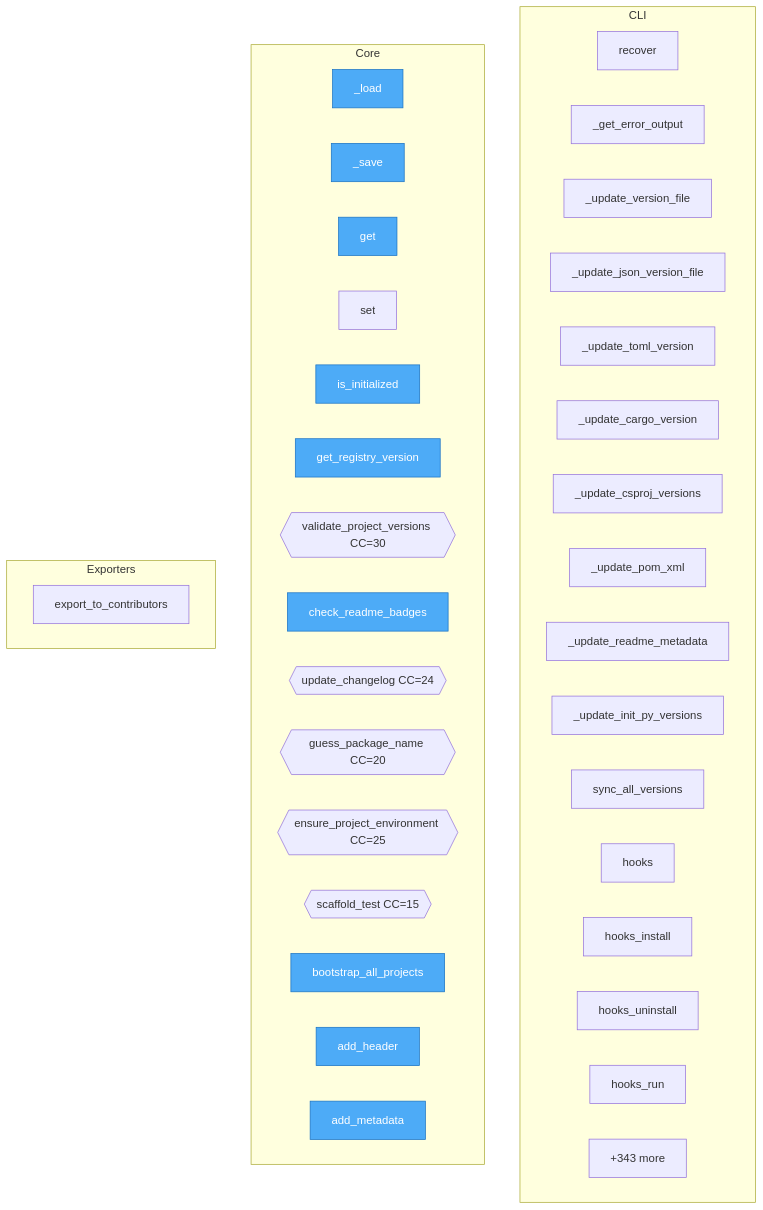
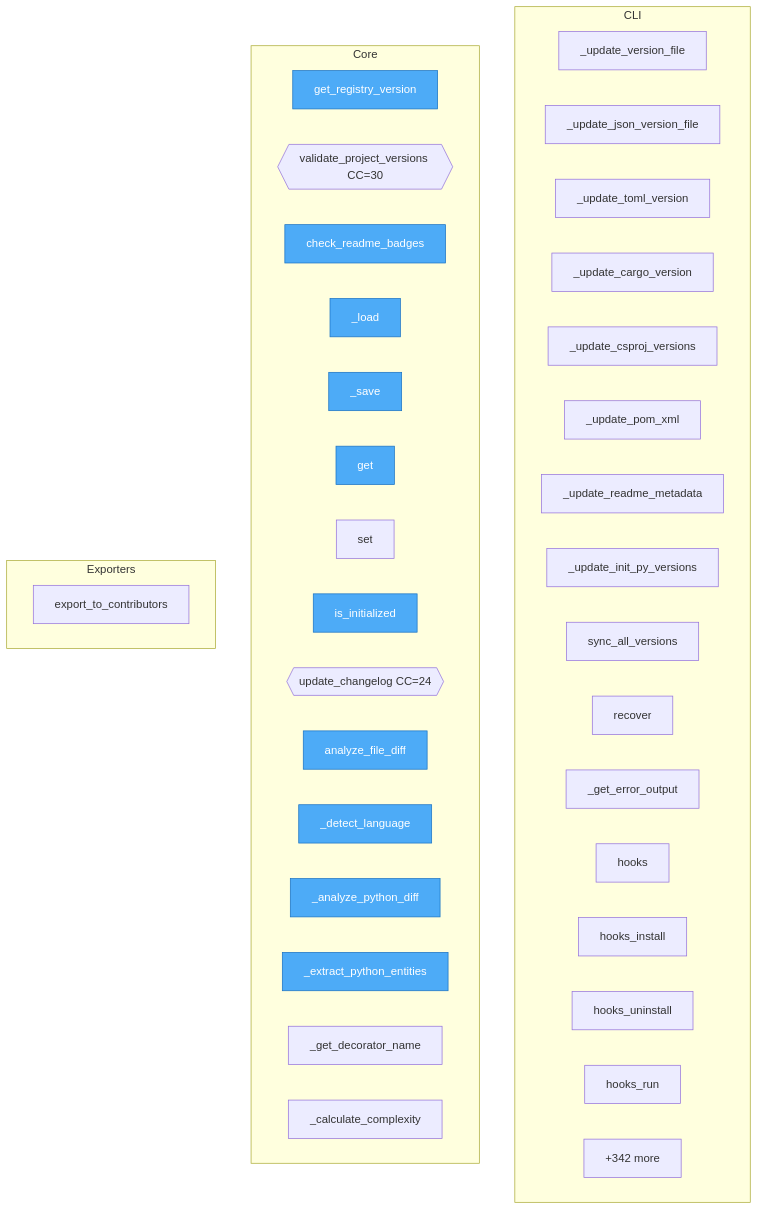
The diagram in project/flow.mmd (wronai/goal), drawn with Mermaid before and after one commit. The commit also changed 35 other files, not shown here.

First line of the commit message:
refactor(goal): code analysis engine

```diff
--- a/project/flow.mmd
+++ b/project/flow.mmd
@@ -1,48 +1,48 @@
 flowchart TD
 
     %% Entry points (blue)
     classDef entry fill:#4dabf7,stroke:#1971c2,color:#fff
 
     subgraph CLI
-        goal__cli__recover_cmd__recover["recover"]
-        goal__cli__recover_cmd___get_error_output["_get_error_output"]
         goal__cli__version_sync___update_version_file["_update_version_file"]
         goal__cli__version_sync___update_json_version_file["_update_json_version_file"]
         goal__cli__version_sync___update_toml_version["_update_toml_version"]
         goal__cli__version_sync___update_cargo_version["_update_cargo_version"]
         goal__cli__version_sync___update_csproj_versions["_update_csproj_versions"]
         goal__cli__version_sync___update_pom_xml["_update_pom_xml"]
         goal__cli__version_sync___update_readme_metadata["_update_readme_metadata"]
         goal__cli__version_sync___update_init_py_versions["_update_init_py_versions"]
         goal__cli__version_sync__sync_all_versions["sync_all_versions"]
+        goal__cli__recover_cmd__recover["recover"]
+        goal__cli__recover_cmd___get_error_output["_get_error_output"]
         goal__cli__hooks_cmd__hooks["hooks"]
         goal__cli__hooks_cmd__hooks_install["hooks_install"]
         goal__cli__hooks_cmd__hooks_uninstall["hooks_uninstall"]
         goal__cli__hooks_cmd__hooks_run["hooks_run"]
-        ...["+79 more"]
+        ...["+80 more"]
     end
 
     subgraph Core
+        goal__version_validation__get_registry_version["get_registry_version"]
+        goal__version_validation__validate_project_versions{{validate_project_versions CC=30}}
+        goal__version_validation__check_readme_badges["check_readme_badges"]
         goal__user_config__UserConfig___load["_load"]
         goal__user_config__UserConfig___save["_save"]
         goal__user_config__UserConfig__get["get"]
         goal__user_config__UserConfig__set["set"]
         goal__user_config__UserConfig__is_initialized["is_initialized"]
-        goal__version_validation__get_registry_version["get_registry_version"]
-        goal__version_validation__validate_project_versions{{validate_project_versions CC=30}}
-        goal__version_validation__check_readme_badges["check_readme_badges"]
         goal__changelog__update_changelog{{update_changelog CC=24}}
-        goal__project_bootstrap__guess_package_name{{guess_package_name CC=20}}
-        goal__project_bootstrap__ensure_project_environment{{ensure_project_environment CC=25}}
-        goal__project_bootstrap__scaffold_test{{scaffold_test CC=15}}
-        goal__project_bootstrap__bootstrap_all_projects["bootstrap_all_projects"]
-        goal__formatter__MarkdownFormatter__add_header["add_header"]
-        goal__formatter__MarkdownFormatter__add_metadata["add_metadata"]
-        ...["+343 more"]
+        goal__deep_analyzer__CodeChangeAnalyzer__analyze_file_diff["analyze_file_diff"]
+        goal__deep_analyzer__CodeChangeAnalyzer___detect_language["_detect_language"]
+        goal__deep_analyzer__CodeChangeAnalyzer___analyze_python_diff["_analyze_python_diff"]
+        goal__deep_analyzer__CodeChangeAnalyzer___extract_python_entities["_extract_python_entities"]
+        goal__deep_analyzer__CodeChangeAnalyzer___get_decorator_name["_get_decorator_name"]
+        goal__deep_analyzer__CodeChangeAnalyzer___calculate_complexity["_calculate_complexity"]
+        ...["+342 more"]
     end
 
     subgraph Exporters
         goal__authors__manager__AuthorsManager__export_to_contributors["export_to_contributors"]
     end
 
-    class goal__user_config__UserConfig___load,goal__user_config__UserConfig___save,goal__user_config__UserConfig__get,goal__user_config__UserConfig__is_initialized,goal__version_validation__get_registry_version,goal__version_validation__check_readme_badges,goal__project_bootstrap__bootstrap_all_projects,goal__formatter__MarkdownFormatter__add_header,goal__formatter__MarkdownFormatter__add_metadata,goal__formatter__MarkdownFormatter__add_section entry
+    class goal__version_validation__get_registry_version,goal__version_validation__check_readme_badges,goal__user_config__UserConfig___load,goal__user_config__UserConfig___save,goal__user_config__UserConfig__get,goal__user_config__UserConfig__is_initialized,goal__deep_analyzer__CodeChangeAnalyzer__analyze_file_diff,goal__deep_analyzer__CodeChangeAnalyzer___detect_language,goal__deep_analyzer__CodeChangeAnalyzer___analyze_python_diff,goal__deep_analyzer__CodeChangeAnalyzer___extract_python_entities entry
```
